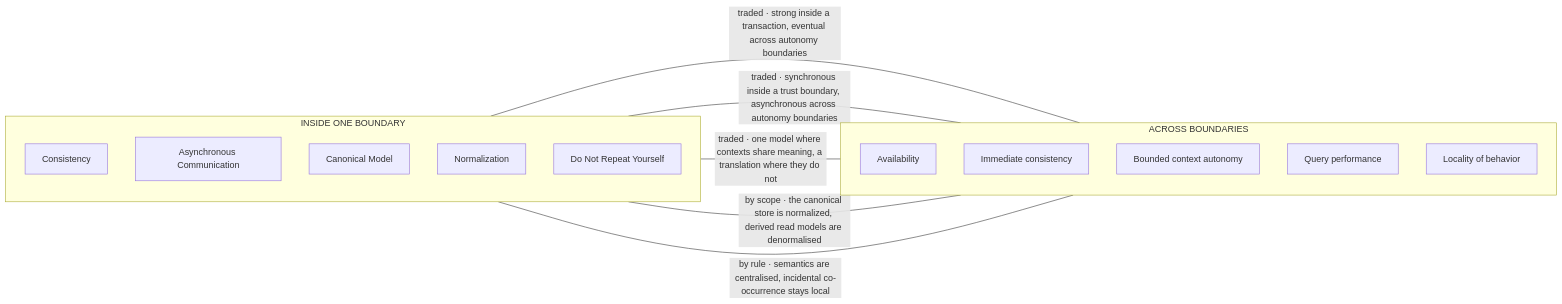
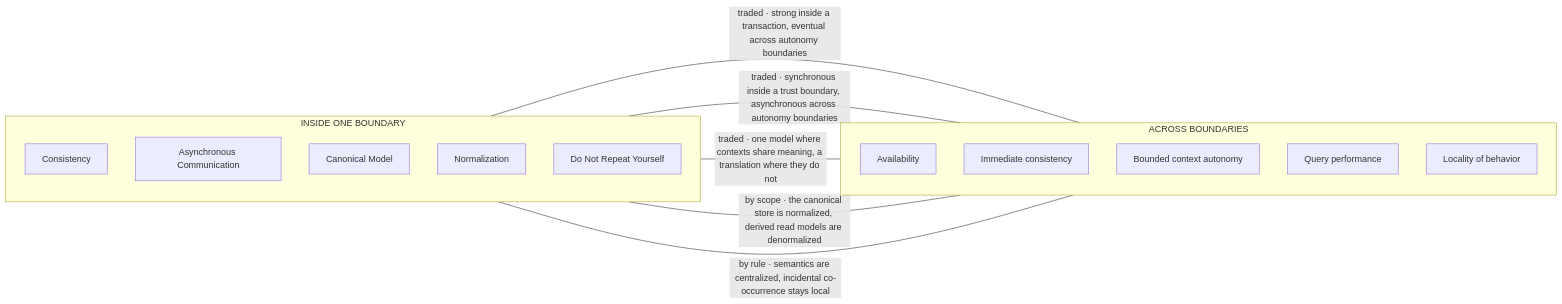
Before and after one commit to Varietyz/Disciplined-AI-Software-Development: the third of 3 diagrams in architecture/GLOSSARY.md, drawn with Mermaid. The commit also changed other lines of this file and 3600 other files, not shown here.

````diff
--- a/architecture/GLOSSARY.md
+++ b/architecture/GLOSSARY.md
@@ -88,24 +88,24 @@
 ```mermaid
 flowchart LR
-subgraph inside["INSIDE ONE BOUNDARY"]
-direction TB
-i1["Consistency"]
-i2["Asynchronous Communication"]
-i3["Canonical Model"]
-i4["Normalization"]
-i5["Do Not Repeat Yourself"]
-end
-subgraph across["ACROSS BOUNDARIES"]
-direction TB
-a1["Availability"]
-a2["Immediate consistency"]
-a3["Bounded context autonomy"]
-a4["Query performance"]
-a5["Locality of behavior"]
-end
-i1 -- traded · strong inside a transaction, eventual across autonomy boundaries --- a1
-i2 -- traded · synchronous inside a trust boundary, asynchronous across autonomy boundaries --- a2
-i3 -- traded · one model where contexts share meaning, a translation where they do not --- a3
-i4 -- by scope · the canonical store is normalized, derived read models are denormalised --- a4
-i5 -- by rule · semantics are centralised, incidental co-occurrence stays local --- a5
+    subgraph inside["INSIDE ONE BOUNDARY"]
+        direction TB
+        i1["Consistency"]
+        i2["Asynchronous Communication"]
+        i3["Canonical Model"]
+        i4["Normalization"]
+        i5["Do Not Repeat Yourself"]
+    end
+    subgraph across["ACROSS BOUNDARIES"]
+        direction TB
+        a1["Availability"]
+        a2["Immediate consistency"]
+        a3["Bounded context autonomy"]
+        a4["Query performance"]
+        a5["Locality of behavior"]
+    end
+    i1 -- traded · strong inside a transaction, eventual across autonomy boundaries --- a1
+    i2 -- traded · synchronous inside a trust boundary, asynchronous across autonomy boundaries --- a2
+    i3 -- traded · one model where contexts share meaning, a translation where they do not --- a3
+    i4 -- by scope · the canonical store is normalized, derived read models are denormalized --- a4
+    i5 -- by rule · semantics are centralized, incidental co-occurrence stays local --- a5
 ```
````
